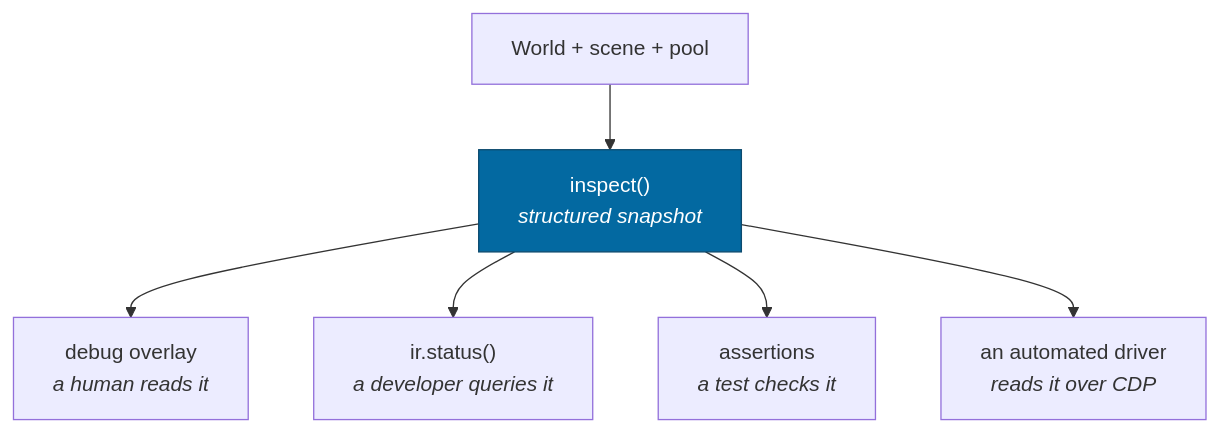
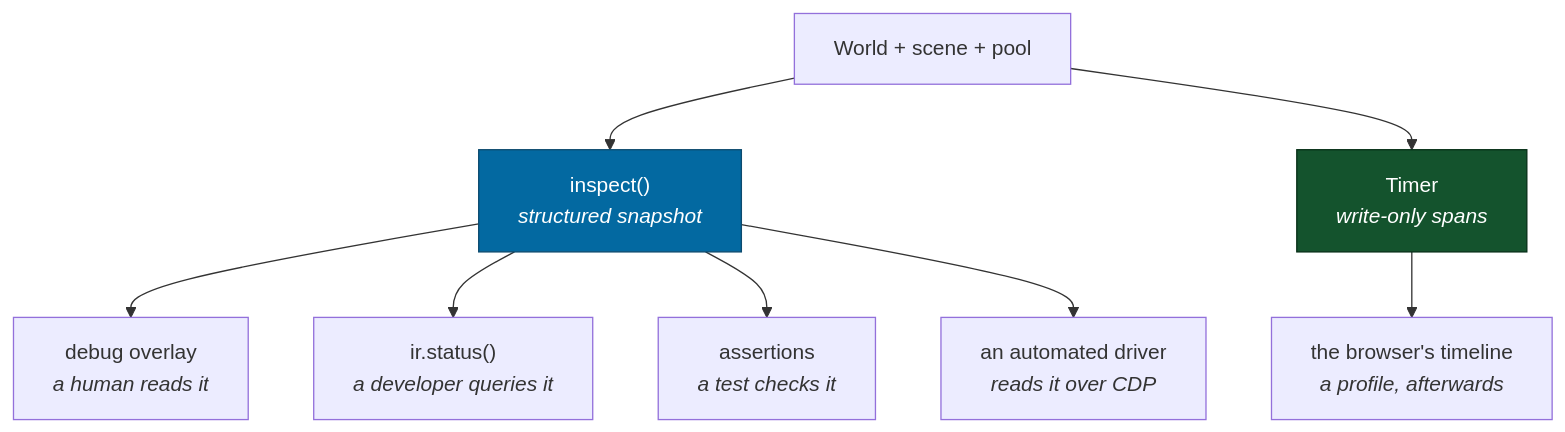
One commit to jonjaques/inertialref changed the first of 2 diagrams in docs/concepts/observability.md. Above: the diagram before and after it, drawn with Mermaid. The commit also changed other lines of this file and 65 other files, not shown here.

````diff
--- a/docs/concepts/observability.md
+++ b/docs/concepts/observability.md
@@ -16,10 +16,13 @@
 ```mermaid
 flowchart TB
     WORLD["World + scene + pool"] --> INSPECT["inspect()<br/><i>structured snapshot</i>"]
     INSPECT --> HUD["debug overlay<br/><i>a human reads it</i>"]
     INSPECT --> CONSOLE["ir.status()<br/><i>a developer queries it</i>"]
     INSPECT --> TEST["assertions<br/><i>a test checks it</i>"]
     INSPECT --> AGENT["an automated driver<br/><i>reads it over CDP</i>"]
+    WORLD --> TIMER["Timer<br/><i>write-only spans</i>"]
+    TIMER --> TIMELINE["the browser's timeline<br/><i>a profile, afterwards</i>"]
 
     style INSPECT fill:#0369a1,stroke:#0c4a6e,color:#fff
+    style TIMER fill:#14532d,stroke:#052e16,color:#fff
 ```
````
